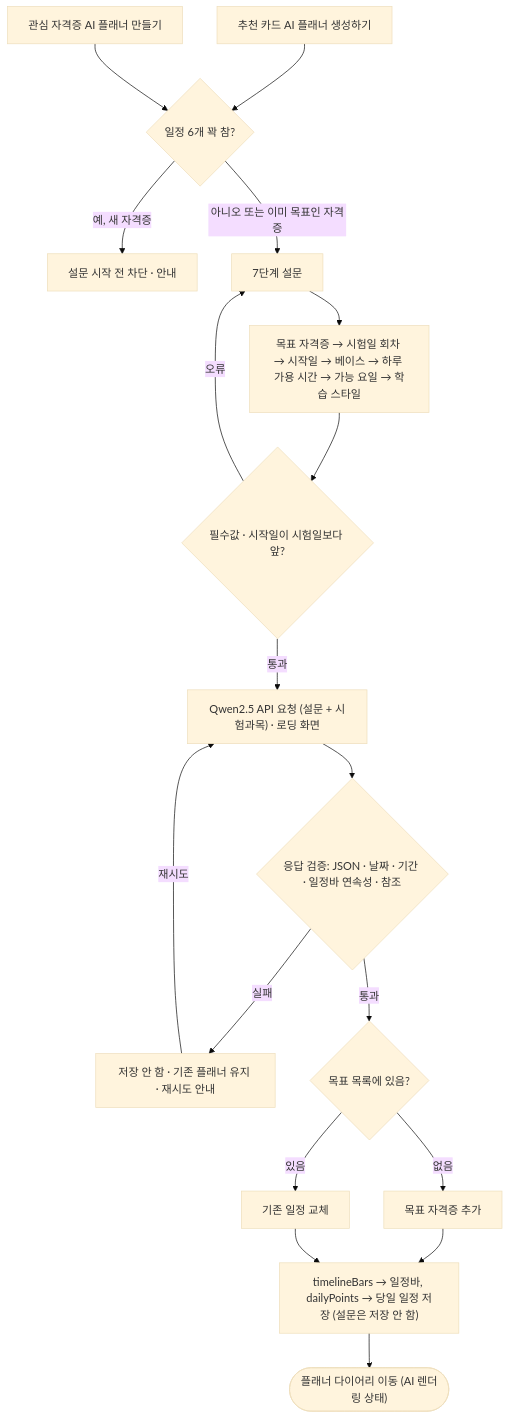
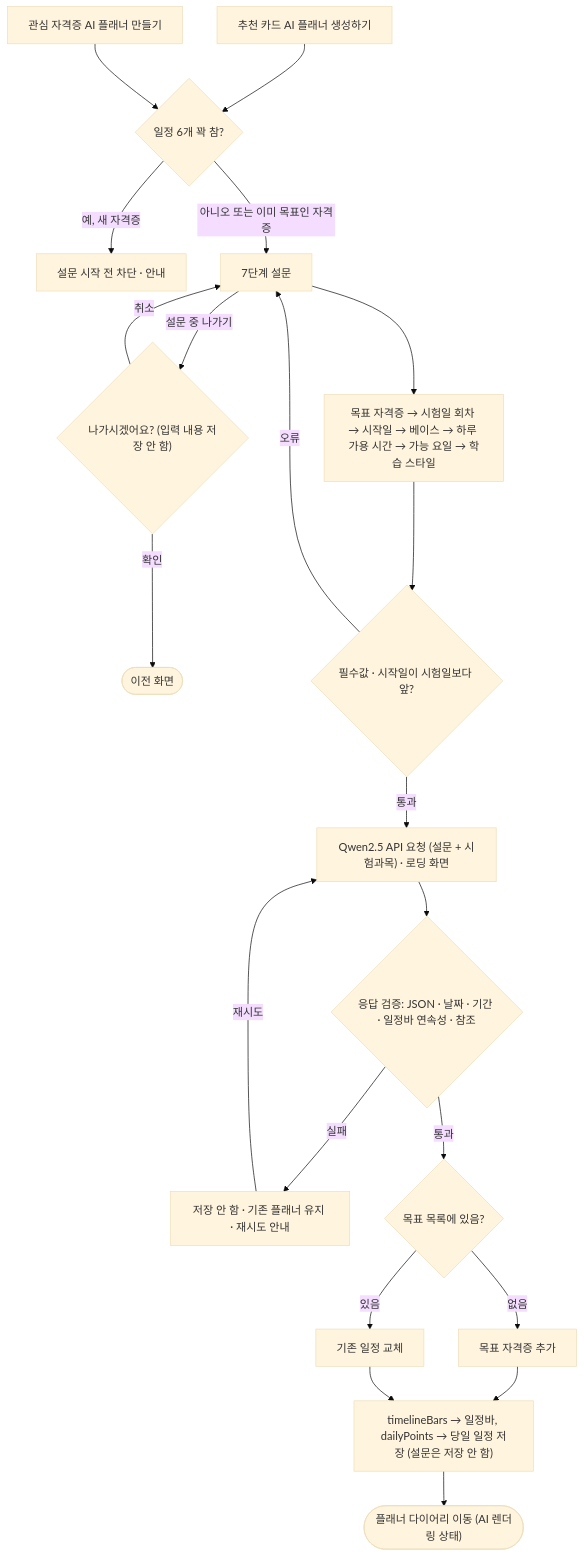
One commit to team-ap-cert-sniper/cert-sniper changed the eighth of 12 diagrams in docs/FLOWCHART.md. Above: the diagram before and after it, drawn with Mermaid (base theme). The commit also changed other lines of this file and 27 other files, not shown here.

````diff
--- a/docs/FLOWCHART.md
+++ b/docs/FLOWCHART.md
@@ -282,20 +285,23 @@
 ```mermaid
 flowchart TD
   A1["추천 카드 AI 플래너 생성하기"] --> B{"일정 6개 꽉 참?"}
   A2["관심 자격증 AI 플래너 만들기"] --> B
   B -->|예, 새 자격증| X["설문 시작 전 차단 · 안내"]
   B -->|아니오 또는 이미 목표인 자격증| C["7단계 설문"]
   C --> C1["목표 자격증 → 시험일 회차 → 시작일 → 베이스 → 하루 가용 시간 → 가능 요일 → 학습 스타일"]
+  C -->|설문 중 나가기| CX{"나가시겠어요? (입력 내용 저장 안 함)"}
+  CX -->|확인| BACK(["이전 화면"])
+  CX -->|취소| C
   C1 --> V{"필수값 · 시작일이 시험일보다 앞?"}
   V -->|오류| C
   V -->|통과| Q["Qwen2.5 API 요청 (설문 + 시험과목) · 로딩 화면"]
   Q --> R{"응답 검증: JSON · 날짜 · 기간 · 일정바 연속성 · 참조"}
   R -->|실패| E["저장 안 함 · 기존 플래너 유지 · 재시도 안내"]
   E -->|재시도| Q
   R -->|통과| S{"목표 목록에 있음?"}
   S -->|없음| S1["목표 자격증 추가"]
   S -->|있음| S2["기존 일정 교체"]
   S1 --> SV["timelineBars → 일정바, dailyPoints → 당일 일정 저장 (설문은 저장 안 함)"]
   S2 --> SV
   SV --> P(["플래너 다이어리 이동 (AI 렌더링 상태)"])
 ```
````
